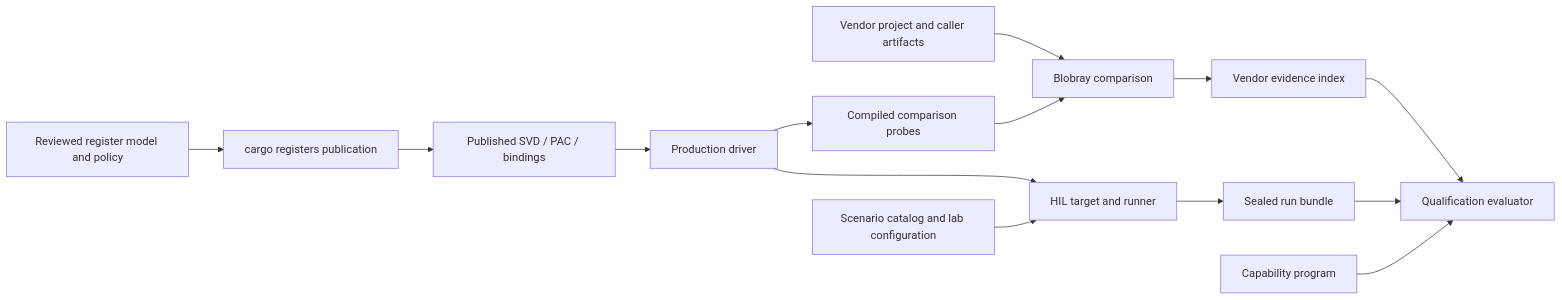
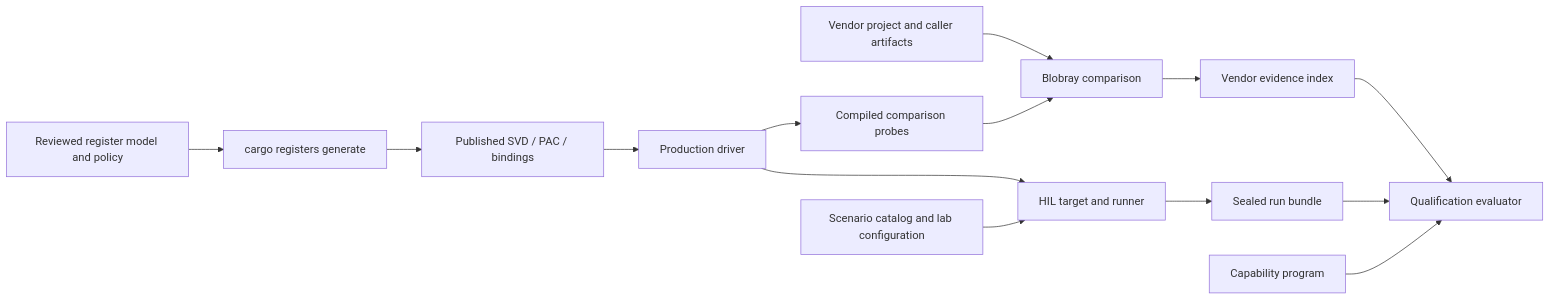
One commit to ermacv/open-esp-radio-rs changed the second of 2 diagrams in docs/architecture.md. Above: the diagram before and after it, drawn with Mermaid. The commit also changed 25 other files, not shown here.

````diff
--- a/docs/architecture.md
+++ b/docs/architecture.md
@@ -168,16 +168,16 @@
 ```mermaid
 flowchart LR
-    R[Reviewed register model and policy] --> P[cargo registers publication]
+    R[Reviewed register model and policy] --> P[cargo registers generate]
     P --> G[Published SVD / PAC / bindings]
     G --> D[Production driver]
     D --> C[Compiled comparison probes]
     V[Vendor project and caller artifacts] --> B[Blobray comparison]
     C --> B
     D --> H[HIL target and runner]
     S[Scenario catalog and lab configuration] --> H
     B --> I[Vendor evidence index]
     H --> U[Sealed run bundle]
     I --> Q[Qualification evaluator]
     U --> Q
     K[Capability program] --> Q
 ```
````
